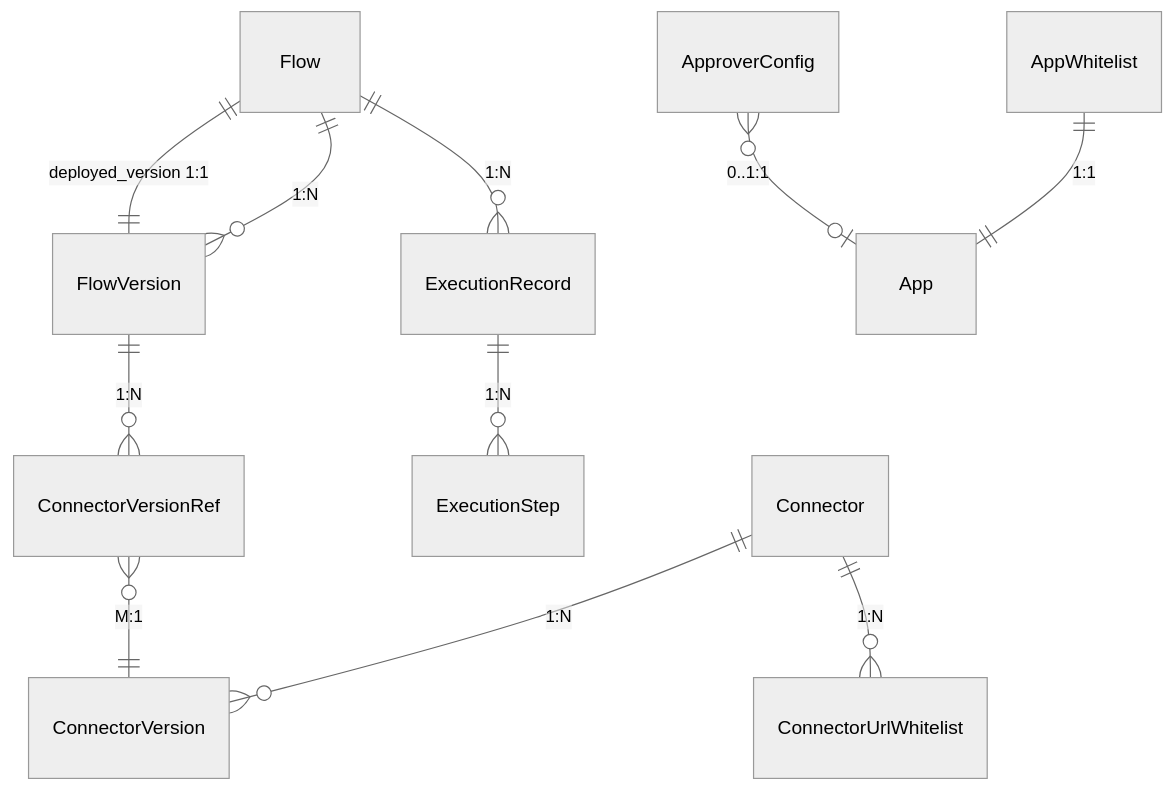
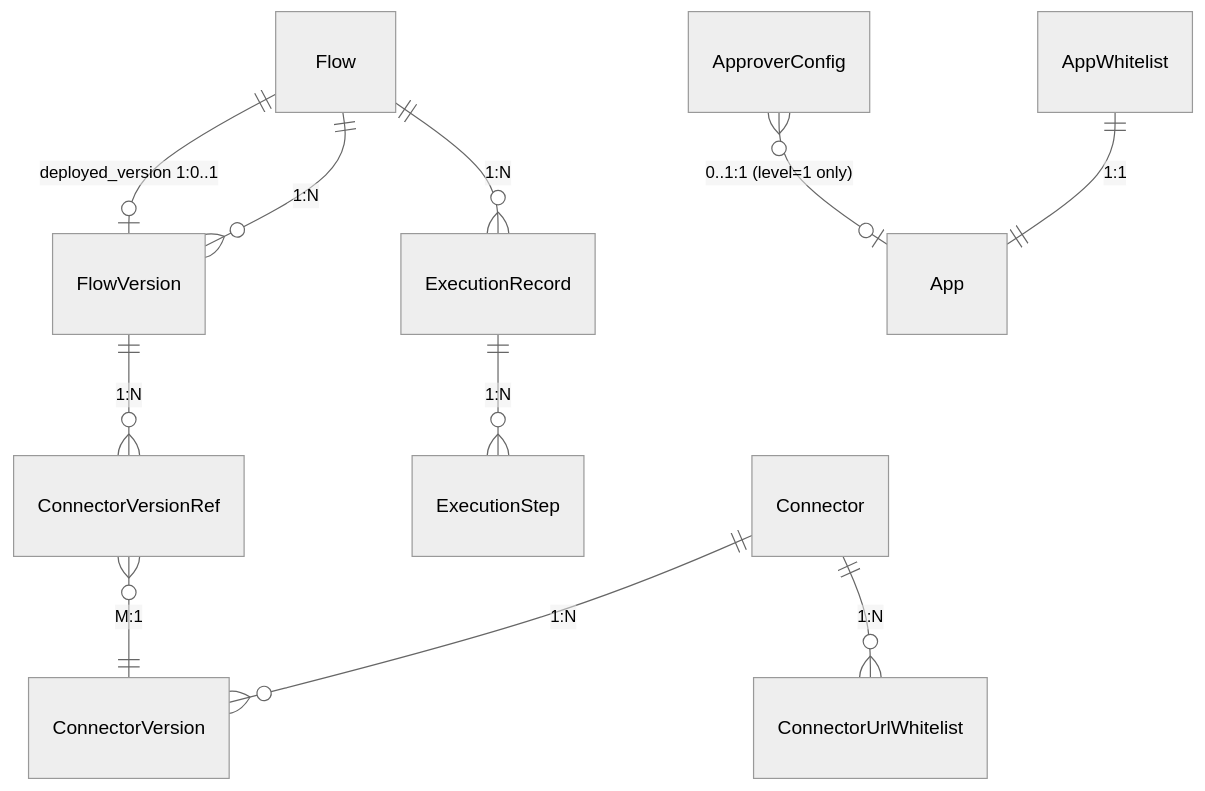
One commit to THZSummer/open-app changed the diagram in .sddu/specs-tree-root/specs-tree-connector-platform-v2/plan-db.md. Above: the diagram before and after it, drawn with Mermaid (neutral theme). The commit also changed other lines of this file, not shown here.

````diff
--- a/.sddu/specs-tree-root/specs-tree-connector-platform-v2/plan-db.md
+++ b/.sddu/specs-tree-root/specs-tree-connector-platform-v2/plan-db.md
@@ -48,13 +163,13 @@
 ```mermaid
 erDiagram
     Connector ||--o{ ConnectorVersion : "1:N"
     Connector ||--o{ ConnectorUrlWhitelist : "1:N"
     Flow ||--o{ FlowVersion : "1:N"
-    Flow ||--|| FlowVersion : "deployed_version 1:1"
+    Flow ||--o| FlowVersion : "deployed_version 1:0..1"
     Flow ||--o{ ExecutionRecord : "1:N"
     ExecutionRecord ||--o{ ExecutionStep : "1:N"
     FlowVersion ||--o{ ConnectorVersionRef : "1:N"
     ConnectorVersionRef }o--|| ConnectorVersion : "M:1"
     AppWhitelist ||--|| App : "1:1"
-    ApproverConfig }o--o| App : "0..1:1"
+    ApproverConfig }o--o| App : "0..1:1 (level=1 only)"
 ```
````
